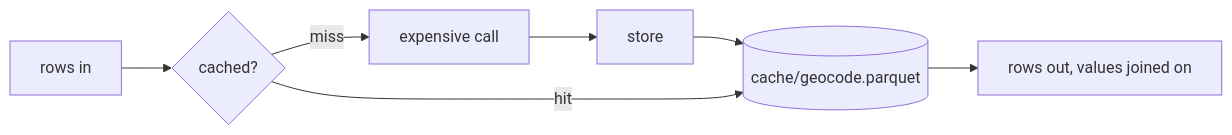
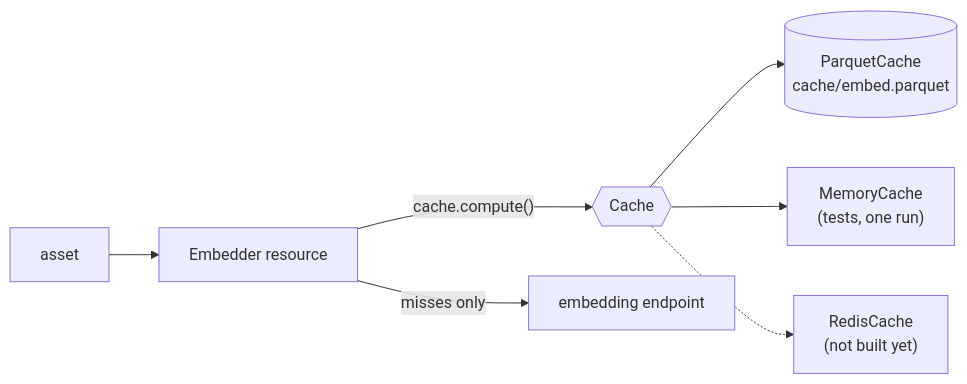
The diagram in README.md (lukew-cogapp/dagster-run-cache), drawn with Mermaid before and after one commit. The commit also changed other lines of this file and 10 other files, not shown here.

First line of the commit message:
Replace RunCache and the IO manager with a Cache interface

````diff
--- a/README.md
+++ b/README.md
@@ -8,8 +9,9 @@
 ```mermaid
 flowchart LR
-    F[rows in] --> M{"cached?"}
-    M -- miss --> C[expensive call] --> S[store]
-    S --> P[("cache/geocode.parquet")]
-    M -- hit --> P
-    P --> O[rows out, values joined on]
+    A[asset] --> E["Embedder resource"]
+    E -- "cache.compute()" --> C{{"Cache"}}
+    C --> P[("ParquetCache<br/>cache/embed.parquet")]
+    C --> M["MemoryCache<br/>(tests, one run)"]
+    C -.-> R["RedisCache<br/>(not built yet)"]
+    E -- misses only --> S[embedding endpoint]
 ```
````
